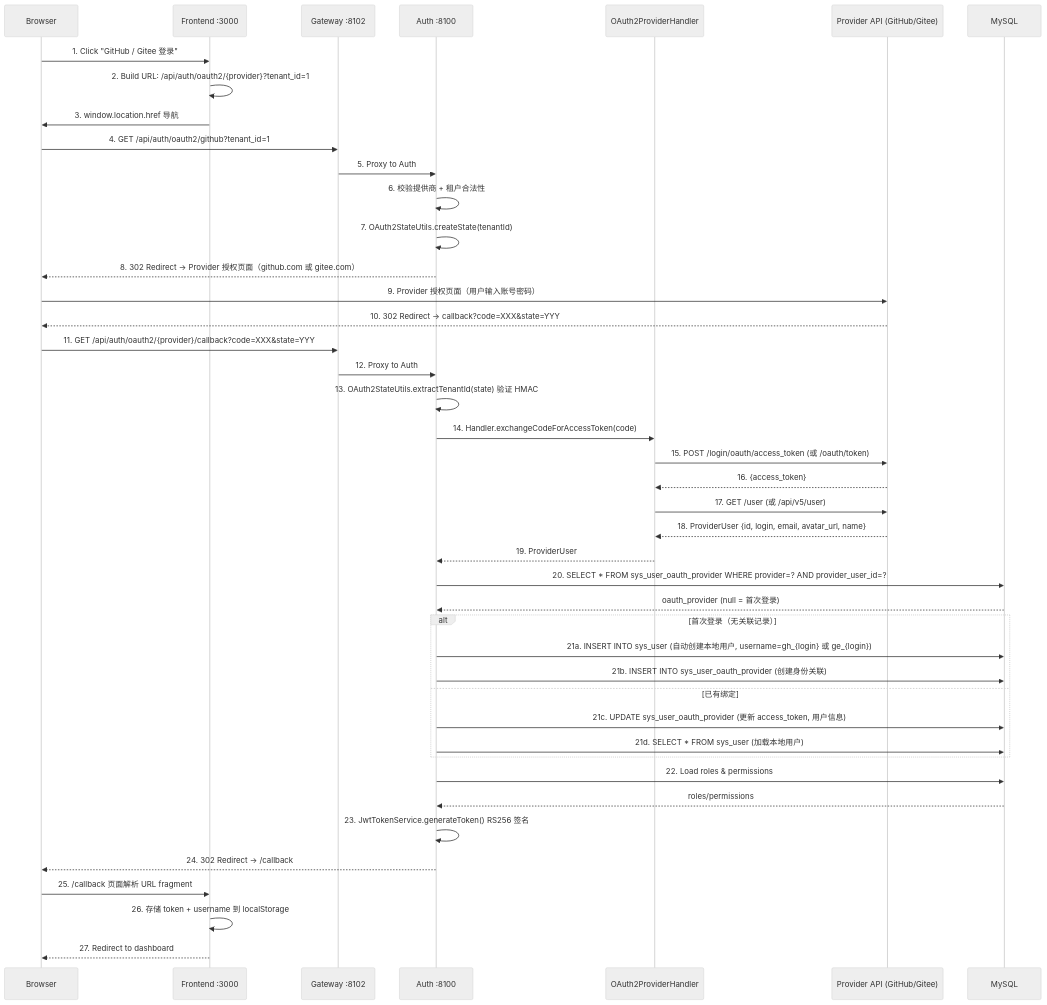
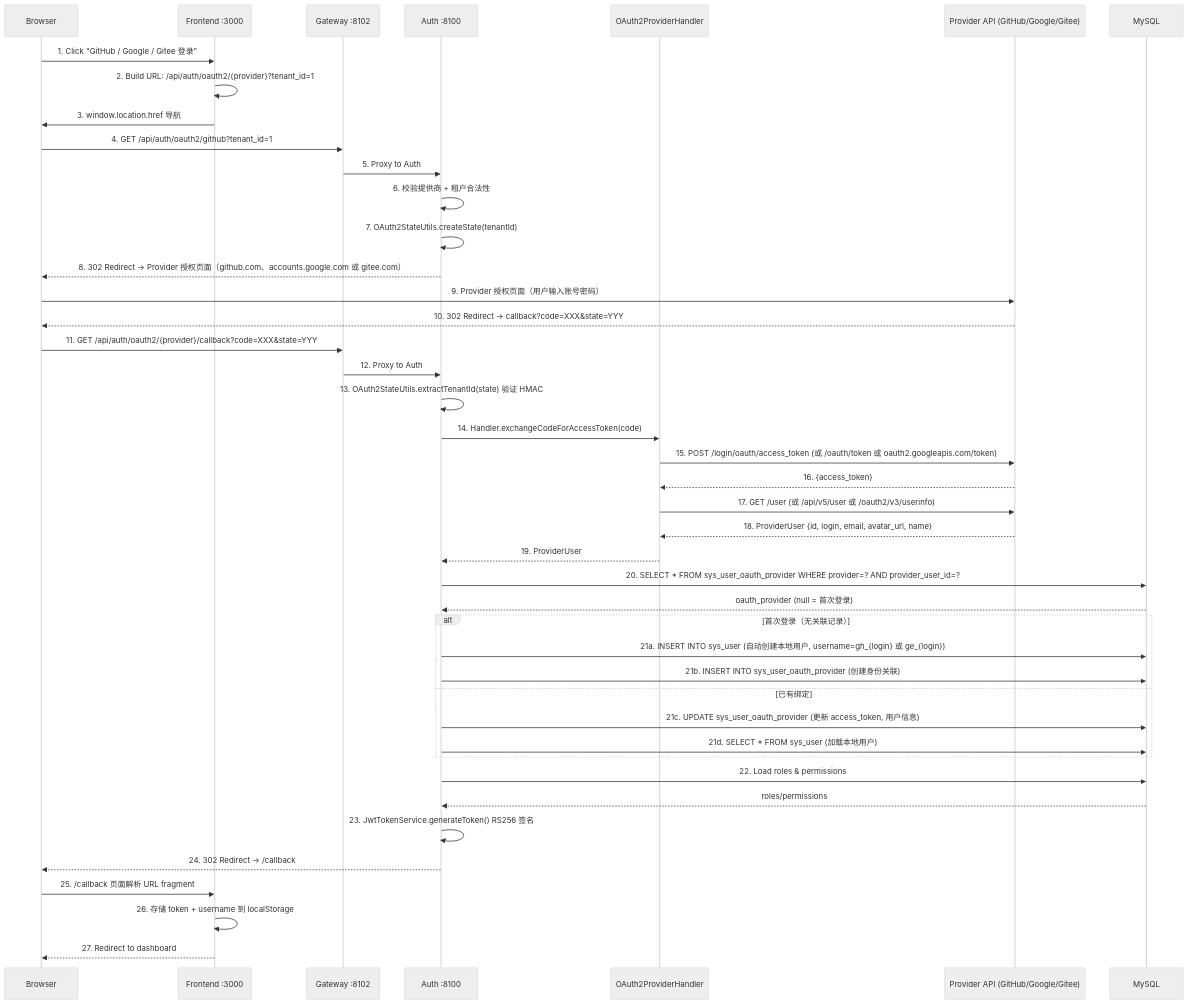
One commit to wang-baohai/Omni-Stack changed the fourth of 4 diagrams in docs/core-flows.md. Above: the diagram before and after it, drawn with Mermaid (neutral theme). The commit also changed other lines of this file and 13 other files, not shown here.

````diff
--- a/docs/core-flows.md
+++ b/docs/core-flows.md
@@ -437,52 +437,52 @@
 ```mermaid
 sequenceDiagram
     participant B as Browser
     participant F as Frontend :3000
     participant G as Gateway :8102
     participant A as Auth :8100
     participant H as OAuth2ProviderHandler
-    participant P as Provider API (GitHub/Gitee)
+    participant P as Provider API (GitHub/Google/Gitee)
     participant M as MySQL
 
-    B->>F: 1. Click "GitHub / Gitee 登录"
+    B->>F: 1. Click "GitHub / Google / Gitee 登录"
     F->>F: 2. Build URL: /api/auth/oauth2/{provider}?tenant_id=1
     F->>B: 3. window.location.href 导航
     B->>G: 4. GET /api/auth/oauth2/github?tenant_id=1
     G->>A: 5. Proxy to Auth
     A->>A: 6. 校验提供商 + 租户合法性
     A->>A: 7. OAuth2StateUtils.createState(tenantId)
-    A-->>B: 8. 302 Redirect → Provider 授权页面（github.com 或 gitee.com）
+    A-->>B: 8. 302 Redirect → Provider 授权页面（github.com、accounts.google.com 或 gitee.com）
 
     B->>P: 9. Provider 授权页面（用户输入账号密码）
     P-->>B: 10. 302 Redirect → callback?code=XXX&state=YYY
     B->>G: 11. GET /api/auth/oauth2/{provider}/callback?code=XXX&state=YYY
     G->>A: 12. Proxy to Auth
 
     A->>A: 13. OAuth2StateUtils.extractTenantId(state) 验证 HMAC
     A->>H: 14. Handler.exchangeCodeForAccessToken(code)
-    H->>P: 15. POST /login/oauth/access_token (或 /oauth/token)
+    H->>P: 15. POST /login/oauth/access_token (或 /oauth/token 或 oauth2.googleapis.com/token)
     P-->>H: 16. {access_token}
-    H->>P: 17. GET /user (或 /api/v5/user)
+    H->>P: 17. GET /user (或 /api/v5/user 或 /oauth2/v3/userinfo)
     P-->>H: 18. ProviderUser {id, login, email, avatar_url, name}
     H-->>A: 19. ProviderUser
 
     A->>M: 20. SELECT * FROM sys_user_oauth_provider WHERE provider=? AND provider_user_id=?
     M-->>A: oauth_provider (null = 首次登录)
 
     alt 首次登录（无关联记录）
         A->>M: 21a. INSERT INTO sys_user (自动创建本地用户, username=gh_{login} 或 ge_{login})
         A->>M: 21b. INSERT INTO sys_user_oauth_provider (创建身份关联)
     else 已有绑定
         A->>M: 21c. UPDATE sys_user_oauth_provider (更新 access_token, 用户信息)
         A->>M: 21d. SELECT * FROM sys_user (加载本地用户)
     end
 
     A->>M: 22. Load roles & permissions
     M-->>A: roles/permissions
     A->>A: 23. JwtTokenService.generateToken() RS256 签名
     A-->>B: 24. 302 Redirect → /callback#token=JWT&username=gh_xxx
 
     B->>F: 25. /callback 页面解析 URL fragment
     F->>F: 26. 存储 token + username 到 localStorage
     F-->>B: 27. Redirect to dashboard
 ```
````
